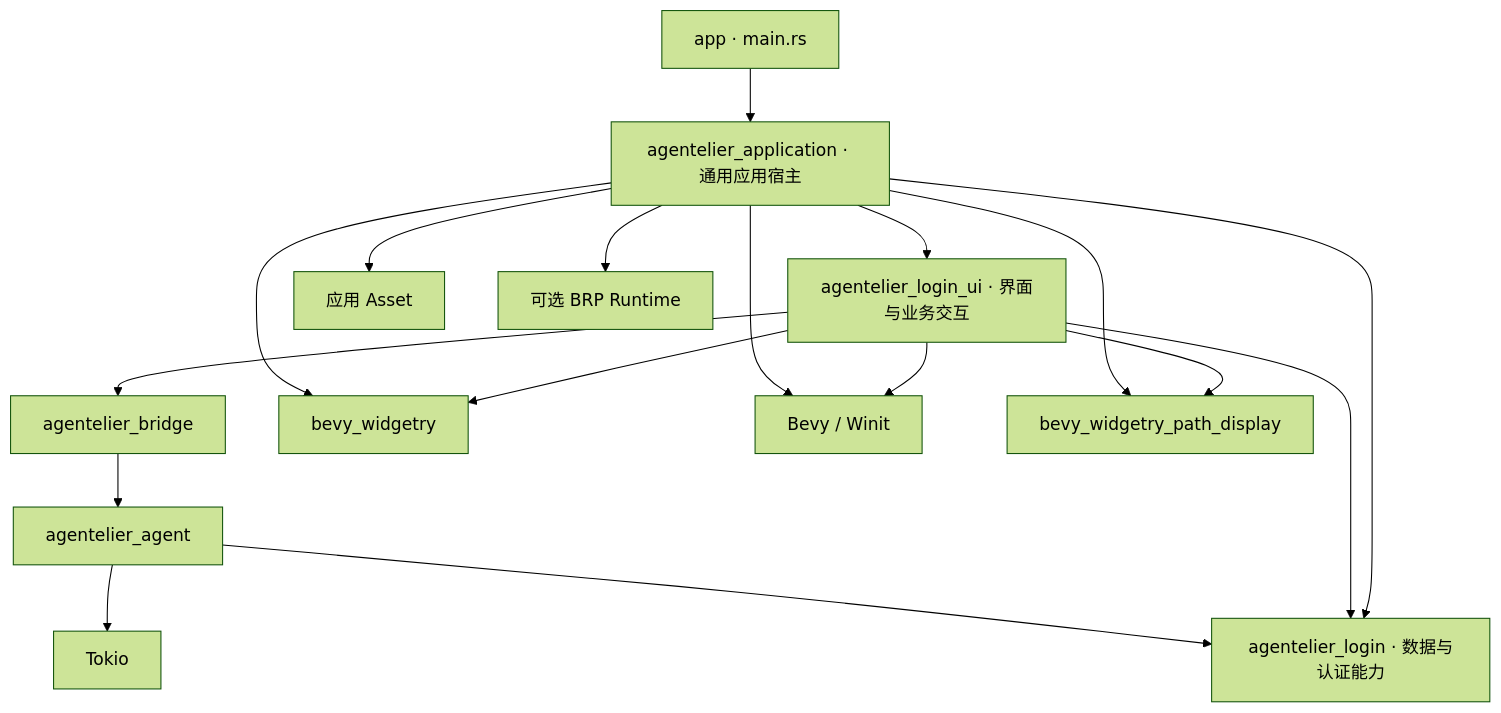
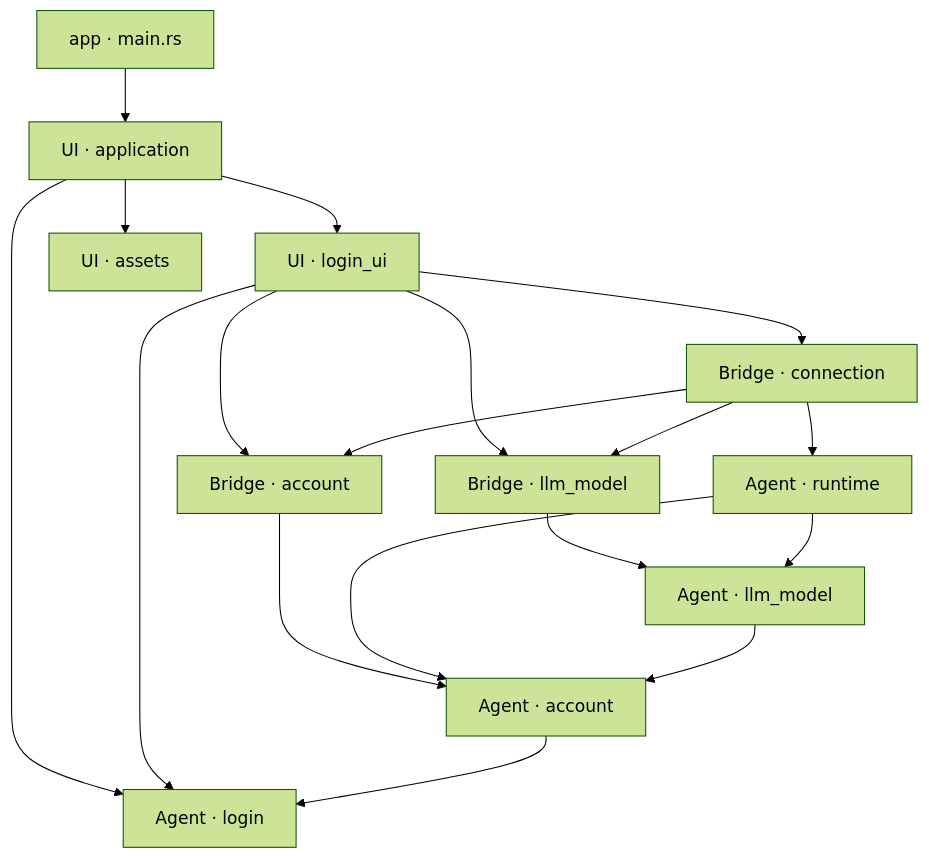
One commit to slc90/Agentelier changed the first of 3 diagrams in docs/design/architecture.md. Above: the diagram before and after it, drawn with Mermaid (forest theme). The commit also changed other lines of this file and 69 other files, not shown here.

First line of the commit message:
Separate UI, agent and bridge responsibilities and revise engineering rules

````diff
--- a/docs/design/architecture.md
+++ b/docs/design/architecture.md
@@ -72,19 +24,20 @@
 ```mermaid
 flowchart TD
-    Entry["app · main.rs"] --> App["agentelier_application · 通用应用宿主"]
-    App --> LoginUI["agentelier_login_ui · 界面与业务交互"]
-    App --> Login["agentelier_login · 数据与认证能力"]
-    LoginUI --> Bridge["agentelier_bridge"]
-    LoginUI --> Login
-    LoginUI --> Widgetry
-    LoginUI --> Bevy
-    LoginUI --> PathDisplay["bevy_widgetry_path_display"]
-    App --> PathDisplay
-    Bridge --> Agent["agentelier_agent"]
-    Agent --> Tokio["Tokio"]
-    Agent --> Login
-    App --> Widgetry["bevy_widgetry"]
-    App --> Assets["应用 Asset"]
-    App --> BRP["可选 BRP Runtime"]
-    App --> Bevy["Bevy / Winit"]
+    Entry["app · main.rs"] --> App["UI · application"]
+    App --> UI["UI · login_ui"]
+    App --> Assets["UI · assets"]
+    App --> Login["Agent · login"]
+    UI --> Login
+    UI --> Connection["Bridge · connection"]
+    UI --> AccountBridge["Bridge · account"]
+    UI --> ModelBridge["Bridge · llm_model"]
+    Connection --> Runtime["Agent · runtime"]
+    Connection --> AccountBridge
+    Connection --> ModelBridge
+    AccountBridge --> Account["Agent · account"]
+    ModelBridge --> Model["Agent · llm_model"]
+    Runtime --> Account
+    Runtime --> Model
+    Model --> Account
+    Account --> Login
 ```
````
